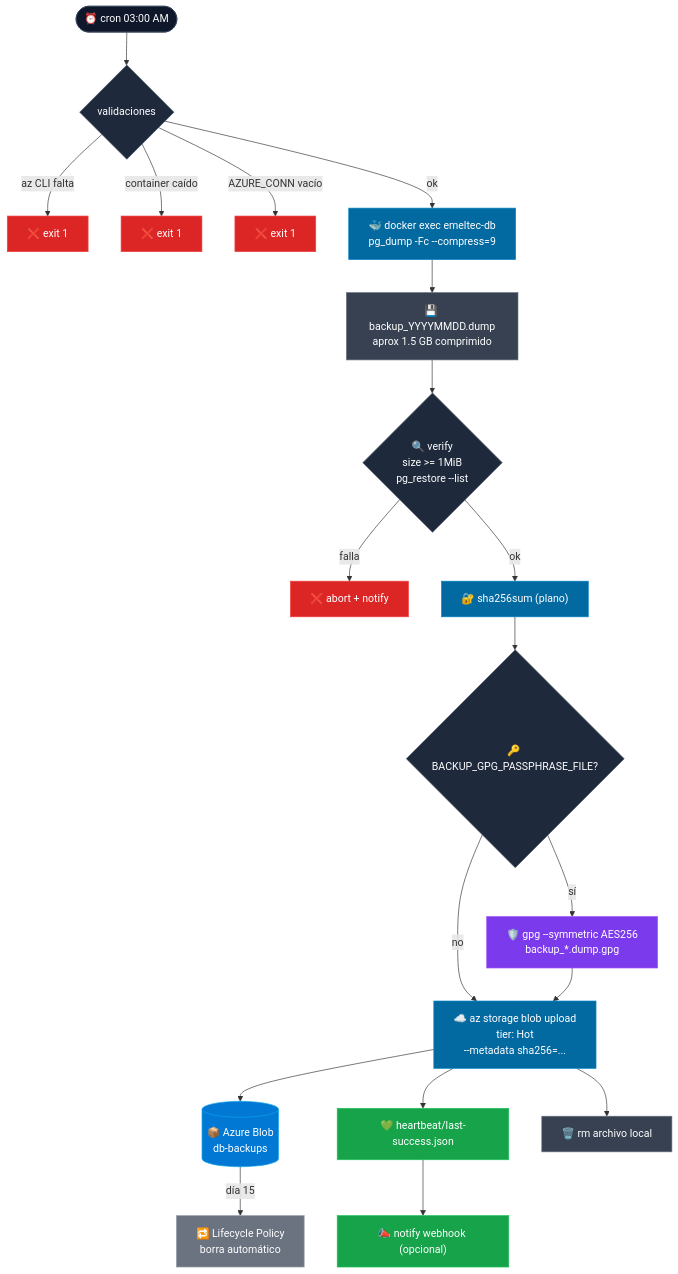
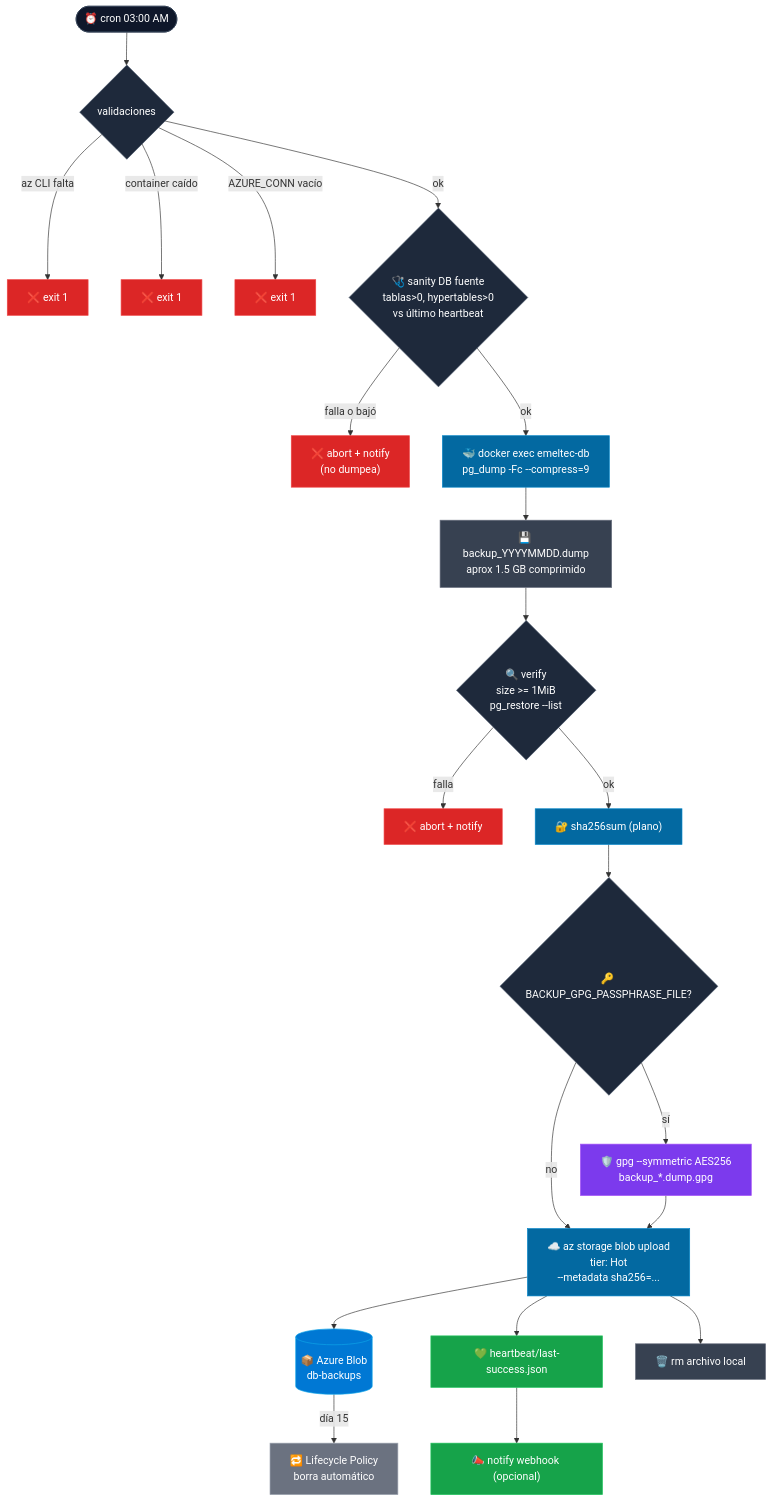
Before and after one commit to druizd/emeltec3: the second of 3 diagrams in docs/vault/infraestructura/backup-db.md, drawn with Mermaid. The commit also changed other lines of this file and 28 other files, not shown here.

````diff
--- a/docs/vault/infraestructura/backup-db.md
+++ b/docs/vault/infraestructura/backup-db.md
@@ -85,44 +110,48 @@
 ```mermaid
 flowchart TD
     CRON(["⏰ cron 03:00 AM"])
     CRON --> VAL{validaciones}
 
     VAL -->|az CLI falta| ERR1["❌ exit 1"]
     VAL -->|container caído| ERR2["❌ exit 1"]
     VAL -->|AZURE_CONN vacío| ERR3["❌ exit 1"]
 
-    VAL -->|ok| DUMP["🐳 docker exec emeltec-db<br/>pg_dump -Fc --compress=9"]
+    VAL -->|ok| SRCCHECK{"🩺 sanity DB fuente<br/>tablas>0, hypertables>0<br/>vs último heartbeat"}
+    SRCCHECK -->|falla o bajó| ERRS["❌ abort + notify<br/>(no dumpea)"]
+    SRCCHECK -->|ok| DUMP["🐳 docker exec emeltec-db<br/>pg_dump -Fc --compress=9"]
     DUMP --> TMP["💾 backup_YYYYMMDD.dump<br/>aprox 1.5 GB comprimido"]
     TMP --> CHECK{"🔍 verify<br/>size >= 1MiB<br/>pg_restore --list"}
     CHECK -->|falla| ERRV["❌ abort + notify"]
     CHECK -->|ok| HASH["🔐 sha256sum (plano)"]
     HASH --> ENCQ{"🔑 BACKUP_GPG_PASSPHRASE_FILE?"}
     ENCQ -->|no| UP["☁️ az storage blob upload<br/>tier: Hot<br/>--metadata sha256=..."]
     ENCQ -->|sí| ENC["🛡️ gpg --symmetric AES256<br/>backup_*.dump.gpg"]
     ENC --> UP
     UP --> BLOB[("📦 Azure Blob<br/>db-backups")]
     UP --> HB["💚 heartbeat/last-success.json"]
     UP --> RM["🗑️ rm archivo local"]
     HB --> NOTIF["📣 notify webhook (opcional)"]
     BLOB -->|día 15| LC["🔁 Lifecycle Policy<br/>borra automático"]
 
     style CHECK fill:#1e293b,color:#fff,stroke:#475569
     style ENCQ fill:#1e293b,color:#fff,stroke:#475569
     style HASH fill:#0369a1,color:#fff,stroke:#0284c7
     style ENC fill:#7c3aed,color:#fff,stroke:#a855f7
     style HB fill:#16a34a,color:#fff,stroke:#22c55e
     style NOTIF fill:#16a34a,color:#fff,stroke:#22c55e
     style ERRV fill:#dc2626,color:#fff,stroke:#ef4444
 
     style CRON fill:#0f172a,color:#fff,stroke:#334155
     style VAL fill:#1e293b,color:#fff,stroke:#475569
     style DUMP fill:#0369a1,color:#fff,stroke:#0284c7
     style TMP fill:#374151,color:#fff,stroke:#6b7280
     style UP fill:#0369a1,color:#fff,stroke:#0284c7
     style BLOB fill:#0078d4,color:#fff,stroke:#0ea5e9
     style RM fill:#374151,color:#fff,stroke:#6b7280
     style LC fill:#6b7280,color:#fff,stroke:#9ca3af
     style ERR1 fill:#dc2626,color:#fff,stroke:#ef4444
     style ERR2 fill:#dc2626,color:#fff,stroke:#ef4444
     style ERR3 fill:#dc2626,color:#fff,stroke:#ef4444
+    style SRCCHECK fill:#1e293b,color:#fff,stroke:#475569
+    style ERRS fill:#dc2626,color:#fff,stroke:#ef4444
 ```
````
